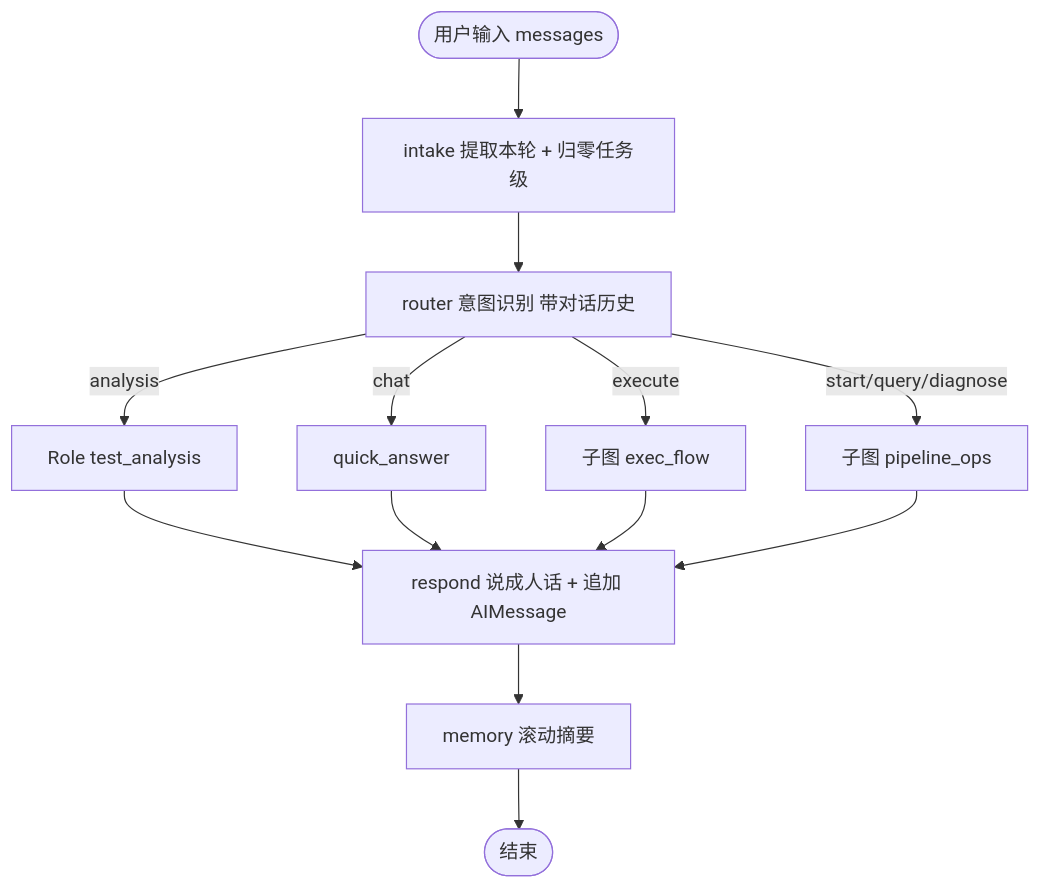
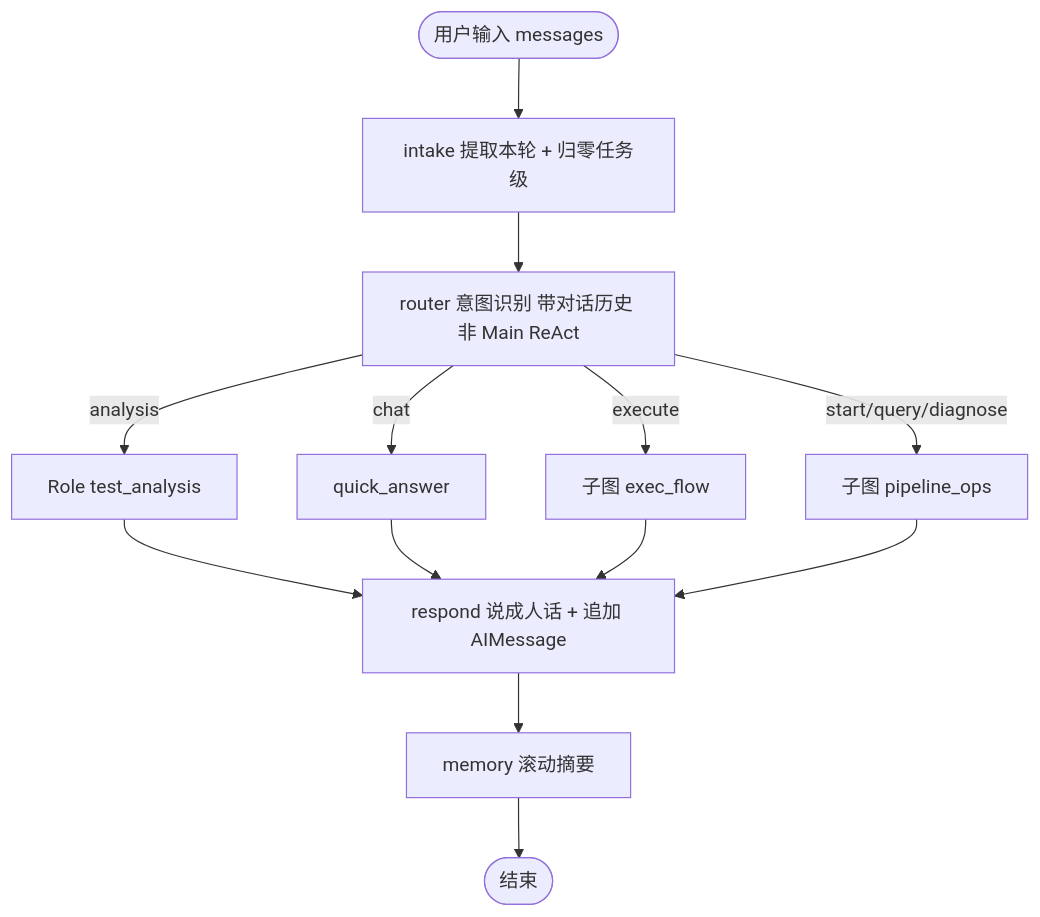
Before and after one commit to LuukkaToT/work_agent: the third of 6 diagrams in docs/architecture.md, drawn with Mermaid. The commit also changed other lines of this file and 30 other files, not shown here.

````diff
--- a/docs/architecture.md
+++ b/docs/architecture.md
@@ -108,17 +119,17 @@
 ```mermaid
 flowchart TD
   Start(["用户输入 messages"]) --> Intake["intake 提取本轮 + 归零任务级"]
-  Intake --> Router["router 意图识别 带对话历史"]
+  Intake --> Router["router 意图识别 带对话历史 非 Main ReAct"]
   Router -->|"analysis"| Analysis["Role test_analysis"]
   Router -->|"execute"| ExecFlow["子图 exec_flow"]
   Router -->|"start/query/diagnose"| PipelineOps["子图 pipeline_ops"]
   Router -->|"chat"| QuickAnswer["quick_answer"]
 
   Analysis --> Respond
   QuickAnswer --> Respond
   ExecFlow --> Respond
   PipelineOps --> Respond
 
   Respond["respond 说成人话 + 追加 AIMessage"] --> Memory["memory 滚动摘要"]
   Memory --> Finish(["结束"])
 ```
````
